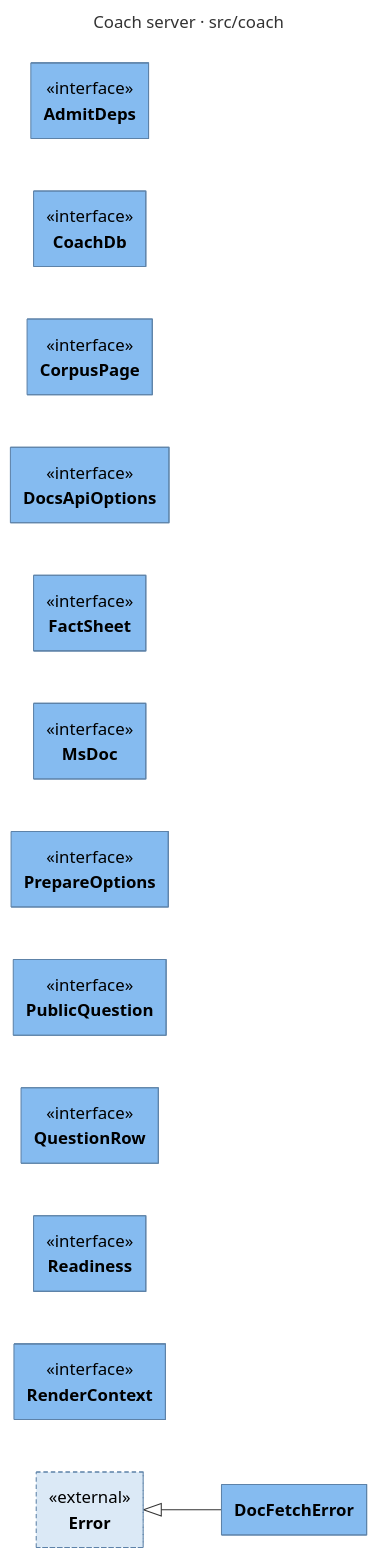
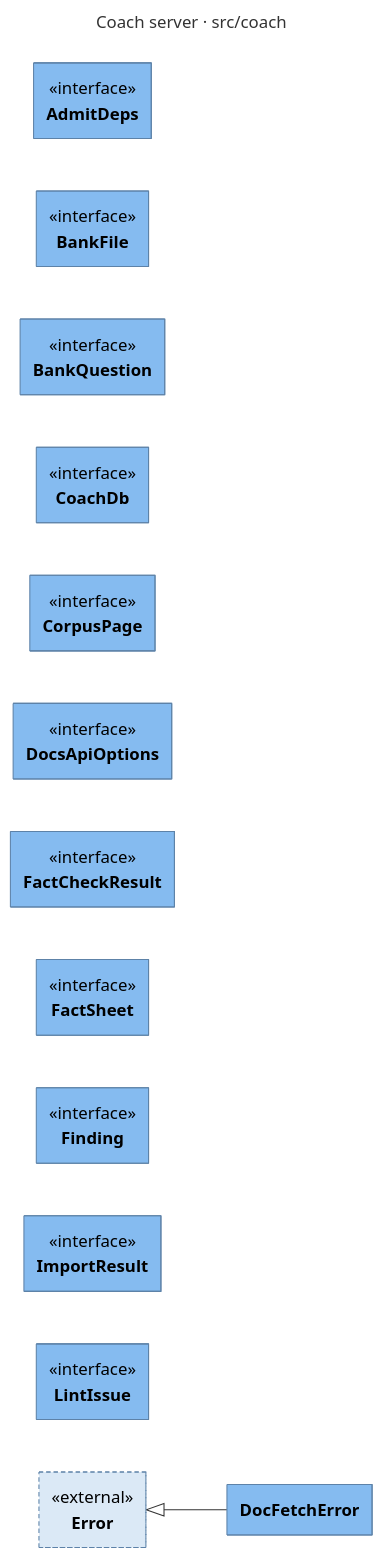
Before and after one commit to ythalorossy/study-coach: the diagram in architecture-docs/study-coach/c4-code-study-coach-src-coach.mmd, drawn with Mermaid. The commit also changed 15 other files, not shown here.

Commit message:
docs: refresh the architecture report for the new folders, reviewer agent and question bank

```diff
--- a/architecture-docs/study-coach/c4-code-study-coach-src-coach.mmd
+++ b/architecture-docs/study-coach/c4-code-study-coach-src-coach.mmd
@@ -1,59 +1,59 @@
 ---
 title: "Coach server · src/coach"
 config:
   class:
     hideEmptyMembersBox: true
 ---
 classDiagram
     direction LR
     class AdmitDeps {
+        <<interface>>
+    }
+    class BankFile {
+        <<interface>>
+    }
+    class BankQuestion {
         <<interface>>
     }
     class CoachDb {
         <<interface>>
     }
     class CorpusPage {
         <<interface>>
     }
     class DocFetchError
     class DocsApiOptions {
         <<interface>>
     }
+    class FactCheckResult {
+        <<interface>>
+    }
     class FactSheet {
         <<interface>>
     }
-    class MsDoc {
+    class Finding {
         <<interface>>
     }
-    class PrepareOptions {
+    class ImportResult {
         <<interface>>
     }
-    class PublicQuestion {
-        <<interface>>
-    }
-    class QuestionRow {
-        <<interface>>
-    }
-    class Readiness {
-        <<interface>>
-    }
-    class RenderContext {
+    class LintIssue {
         <<interface>>
     }
     class Error {
         <<external>>
     }
     Error <|-- DocFetchError
     style AdmitDeps fill:#85bbf0,stroke:#5d82a8,color:#000000
+    style BankFile fill:#85bbf0,stroke:#5d82a8,color:#000000
+    style BankQuestion fill:#85bbf0,stroke:#5d82a8,color:#000000
     style CoachDb fill:#85bbf0,stroke:#5d82a8,color:#000000
     style CorpusPage fill:#85bbf0,stroke:#5d82a8,color:#000000
     style DocFetchError fill:#85bbf0,stroke:#5d82a8,color:#000000
     style DocsApiOptions fill:#85bbf0,stroke:#5d82a8,color:#000000
+    style FactCheckResult fill:#85bbf0,stroke:#5d82a8,color:#000000
     style FactSheet fill:#85bbf0,stroke:#5d82a8,color:#000000
-    style MsDoc fill:#85bbf0,stroke:#5d82a8,color:#000000
-    style PrepareOptions fill:#85bbf0,stroke:#5d82a8,color:#000000
-    style PublicQuestion fill:#85bbf0,stroke:#5d82a8,color:#000000
-    style QuestionRow fill:#85bbf0,stroke:#5d82a8,color:#000000
-    style Readiness fill:#85bbf0,stroke:#5d82a8,color:#000000
-    style RenderContext fill:#85bbf0,stroke:#5d82a8,color:#000000
+    style Finding fill:#85bbf0,stroke:#5d82a8,color:#000000
+    style ImportResult fill:#85bbf0,stroke:#5d82a8,color:#000000
+    style LintIssue fill:#85bbf0,stroke:#5d82a8,color:#000000
     style Error fill:#dbe9f6,stroke:#5d82a8,color:#000000,stroke-dasharray:4 3
```
